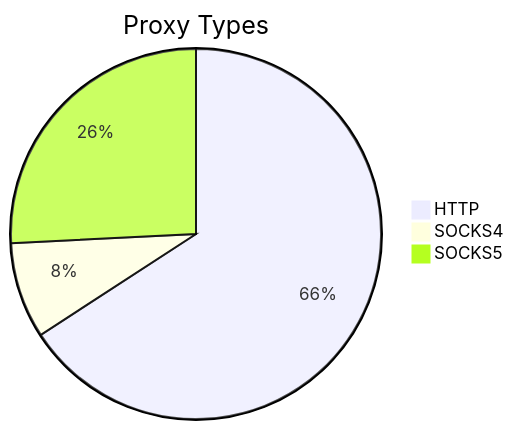
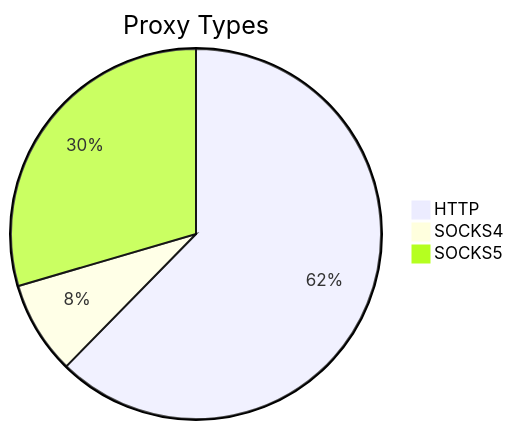
Before and after one commit to stormsia/proxy-list: the first of 2 diagrams in README.md, drawn with Mermaid. The commit also changed other lines of this file, not shown here.

````diff
--- a/README.md
+++ b/README.md
@@ -21,6 +21,6 @@
 ```mermaid
 pie title Proxy Types
-    "HTTP" : 314
-    "SOCKS4" : 40
-    "SOCKS5" : 123
+    "HTTP" : 475
+    "SOCKS4" : 62
+    "SOCKS5" : 225
 ```
````
